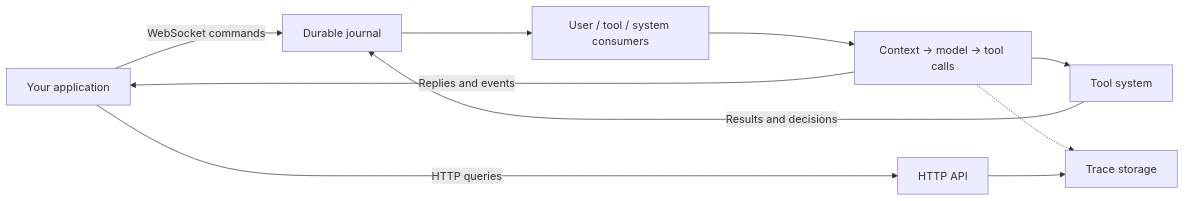
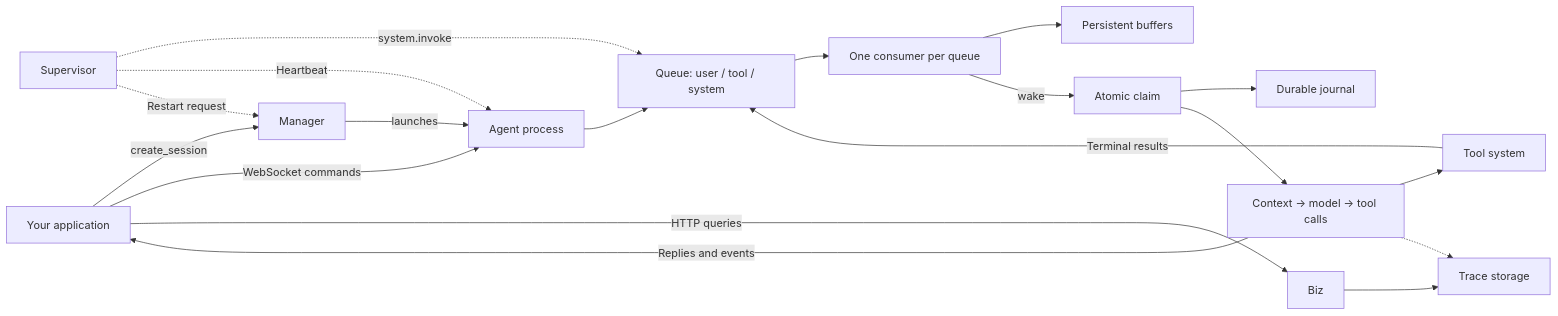
Before and after one commit to HymioSpace/Oath: the diagram in README.md, drawn with Mermaid. The commit also changed other lines of this file and 14 other files, not shown here.

````diff
--- a/README.md
+++ b/README.md
@@ -86,12 +104,21 @@
 ```mermaid
 flowchart LR
-    Client[Your application] -->|WebSocket commands| Journal[Durable journal]
-    Journal --> Intake[User / tool / system consumers]
+    Client[Your application] -->|create_session| Manager[Manager]
+    Manager -->|launches| Agent[Agent process]
+    Client -->|WebSocket commands| Agent
+    Agent --> Queue[Queue: user / tool / system]
+    Queue --> Consumers[One consumer per queue]
+    Consumers --> Buffers[Persistent buffers]
+    Consumers -->|wake| Intake[Atomic claim]
+    Intake --> Journal[Durable journal]
     Intake --> Brain[Context → model → tool calls]
     Brain --> Tools[Tool system]
-    Tools -->|Results and decisions| Journal
+    Tools -->|Terminal results| Queue
     Brain -->|Replies and events| Client
     Brain -.-> Traces[Trace storage]
-    Client -->|HTTP queries| API[HTTP API]
+    Client -->|HTTP queries| API[Biz]
     API --> Traces
+    Supervisor[Supervisor] -.->|system.invoke| Queue
+    Supervisor -.->|Heartbeat| Agent
+    Supervisor -.->|Restart request| Manager
 ```
````
